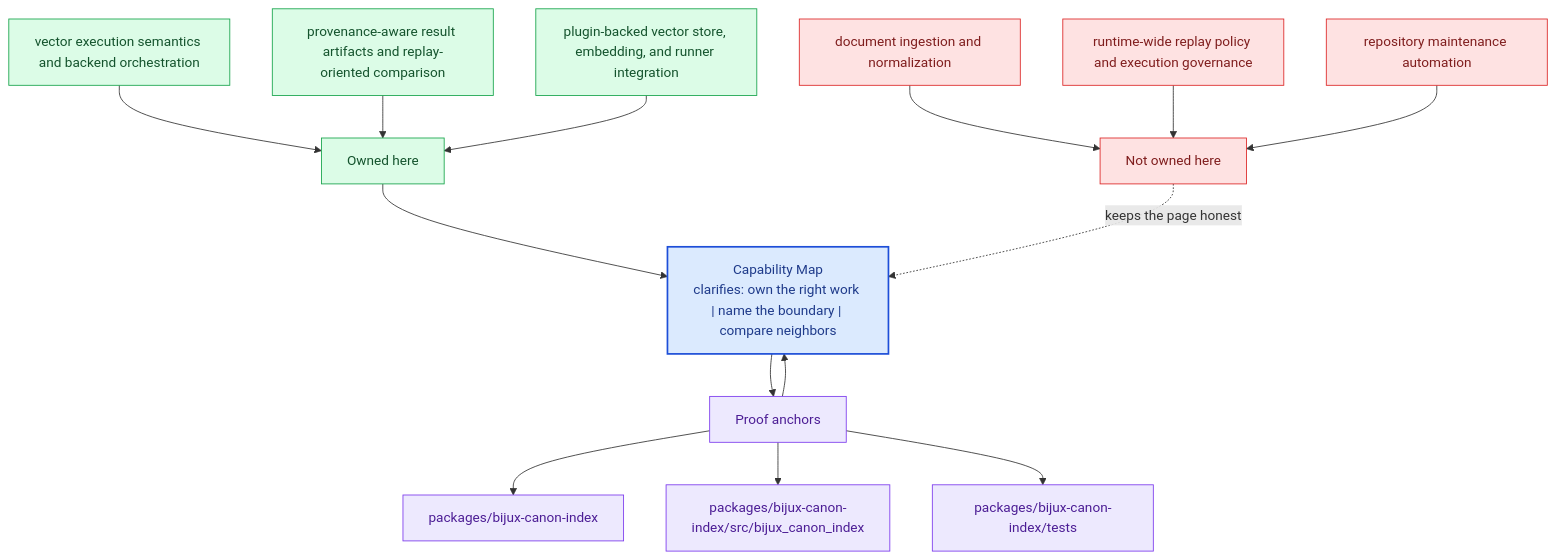
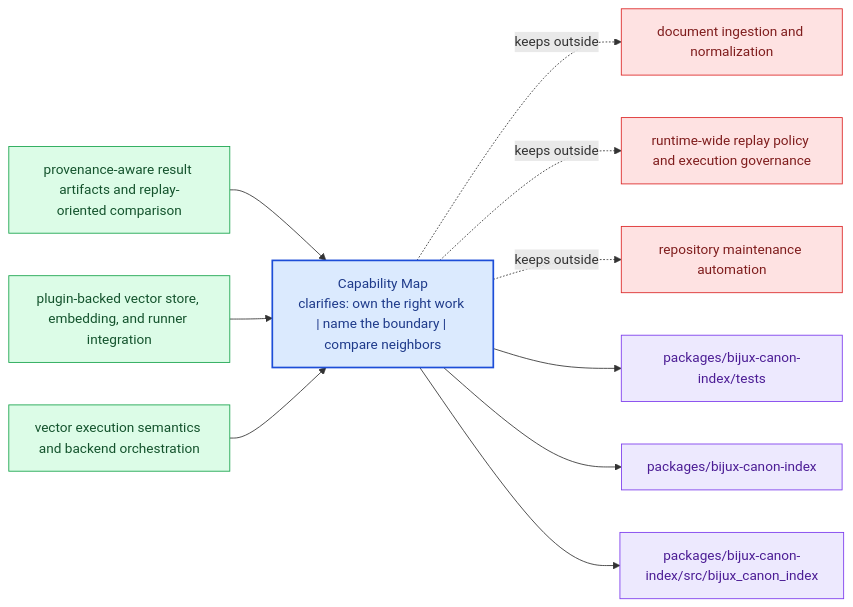
One commit to bijux/bijux-canon changed the diagram in docs/bijux-canon-index/foundation/capability-map.md. Above: the diagram before and after it, drawn with Mermaid. The commit also changed other lines of this file and 281 other files, not shown here.

Commit message:
docs(diagrams): replace repeated mermaid scaffolds with page-specific summaries

````diff
--- a/docs/bijux-canon-index/foundation/capability-map.md
+++ b/docs/bijux-canon-index/foundation/capability-map.md
@@ -68,40 +23,31 @@
 ```mermaid
-flowchart TB
-    promise["Capability Map<br/>clarifies: own the right work | name the boundary | compare neighbors"]
-    classDef promise fill:#dbeafe,stroke:#1d4ed8,color:#1e3a8a,stroke-width:2px;
-    classDef driver fill:#dcfce7,stroke:#16a34a,color:#14532d;
-    classDef constraint fill:#fee2e2,stroke:#dc2626,color:#7f1d1d;
-    classDef ground fill:#ede9fe,stroke:#7c3aed,color:#4c1d95;
-    focus1["Owned here"]
-    focus1 --> promise
-    focus1_1["vector execution semantics and backend orchestration"]
-    focus1_1 --> focus1
-    focus1_2["provenance-aware result artifacts and replay-oriented comparison"]
-    focus1_2 --> focus1
-    focus1_3["plugin-backed vector store, embedding, and runner integration"]
-    focus1_3 --> focus1
-    class focus1 driver;
-    class focus1_1,focus1_2,focus1_3 driver;
-    focus2["Not owned here"]
-    focus2 -.keeps the page honest.-> promise
-    focus2_1["document ingestion and normalization"]
-    focus2_1 --> focus2
-    focus2_2["runtime-wide replay policy and execution governance"]
-    focus2_2 --> focus2
-    focus2_3["repository maintenance automation"]
-    focus2_3 --> focus2
-    class focus2 constraint;
-    class focus2_1,focus2_2,focus2_3 constraint;
-    focus3["Proof anchors"]
-    focus3 --> promise
-    promise --> focus3
-    focus3_1["packages/bijux-canon-index"]
-    focus3 --> focus3_1
-    focus3_2["packages/bijux-canon-index/src/bijux_canon_index"]
-    focus3 --> focus3_2
-    focus3_3["packages/bijux-canon-index/tests"]
-    focus3 --> focus3_3
-    class focus3 ground;
-    class focus3_1,focus3_2,focus3_3 ground;
-    class promise promise;
+flowchart LR
+    page["Capability Map<br/>clarifies: own the right work | name the boundary | compare neighbors"]
+    classDef page fill:#dbeafe,stroke:#1d4ed8,color:#1e3a8a,stroke-width:2px;
+    classDef positive fill:#dcfce7,stroke:#16a34a,color:#14532d;
+    classDef caution fill:#fee2e2,stroke:#dc2626,color:#7f1d1d;
+    classDef anchor fill:#ede9fe,stroke:#7c3aed,color:#4c1d95;
+    classDef action fill:#fef3c7,stroke:#d97706,color:#7c2d12;
+    own1["provenance-aware result artifacts and replay-oriented comparison"]
+    own1 --> page
+    own2["plugin-backed vector store, embedding, and runner integration"]
+    own2 --> page
+    own3["vector execution semantics and backend orchestration"]
+    own3 --> page
+    limit1["document ingestion and normalization"]
+    page -.keeps outside.-> limit1
+    limit2["runtime-wide replay policy and execution governance"]
+    page -.keeps outside.-> limit2
+    limit3["repository maintenance automation"]
+    page -.keeps outside.-> limit3
+    anchor1["packages/bijux-canon-index/tests"]
+    page --> anchor1
+    anchor2["packages/bijux-canon-index"]
+    page --> anchor2
+    anchor3["packages/bijux-canon-index/src/bijux_canon_index"]
+    page --> anchor3
+    class page page;
+    class own1,own2,own3 positive;
+    class limit1,limit2,limit3 caution;
+    class anchor1,anchor2,anchor3 anchor;
 ```
````
